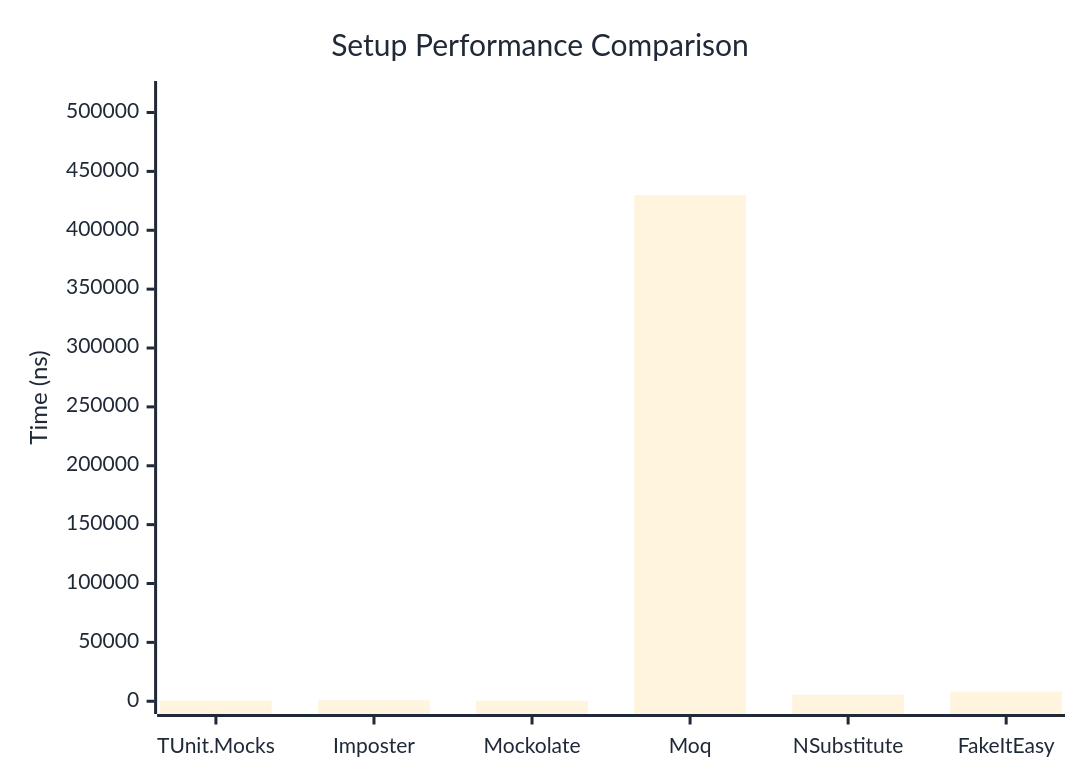
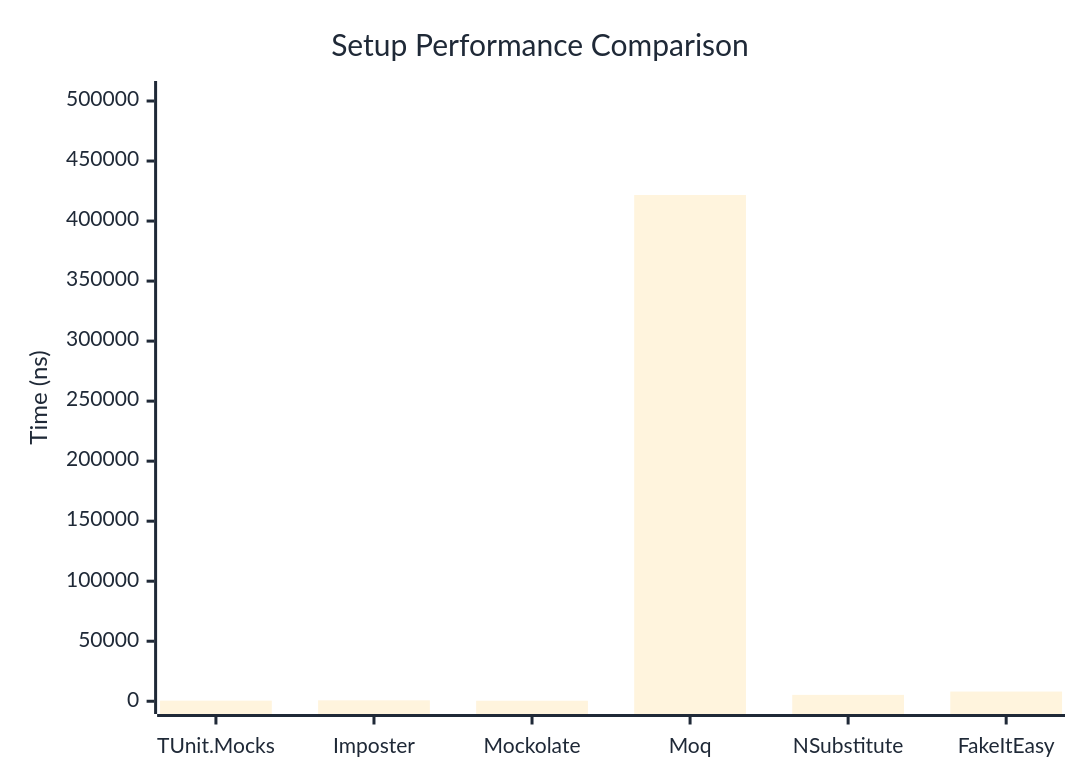
Before and after one commit to thomhurst/TUnit: the first of 2 diagrams in docs/docs/benchmarks/mocks/Setup.md, drawn with Mermaid. The commit also changed other lines of this file and 14 other files, not shown here.

````diff
--- a/docs/docs/benchmarks/mocks/Setup.md
+++ b/docs/docs/benchmarks/mocks/Setup.md
@@ -28,27 +28,27 @@
 ```mermaid
 %%{init: {
   'theme':'base',
   'themeVariables': {
     'primaryColor': '#2563eb',
     'primaryTextColor': '#1f2937',
     'primaryBorderColor': '#1e40af',
     'lineColor': '#6b7280',
     'secondaryColor': '#7c3aed',
     'tertiaryColor': '#dc2626',
     'background': '#ffffff',
     'pie1': '#2563eb',
     'pie2': '#7c3aed',
     'pie3': '#dc2626',
     'pie4': '#f59e0b',
     'pie5': '#10b981',
     'pie6': '#06b6d4',
     'pie7': '#ec4899',
     'pie8': '#6366f1'
   }
 }}%%
 xychart-beta
   title "Setup Performance Comparison"
   x-axis ["TUnit.Mocks", "Imposter", "Mockolate", "Moq", "NSubstitute", "FakeItEasy"]
-  y-axis "Time (ns)" 0 --> 515945
-  bar [531.7, 831.7, 464.2, 429953.6, 5521.3, 8160.3]
+  y-axis "Time (ns)" 0 --> 506042
+  bar [492.4, 774.2, 424.9, 421701, 5305.7, 8075.6]
 ```
````
